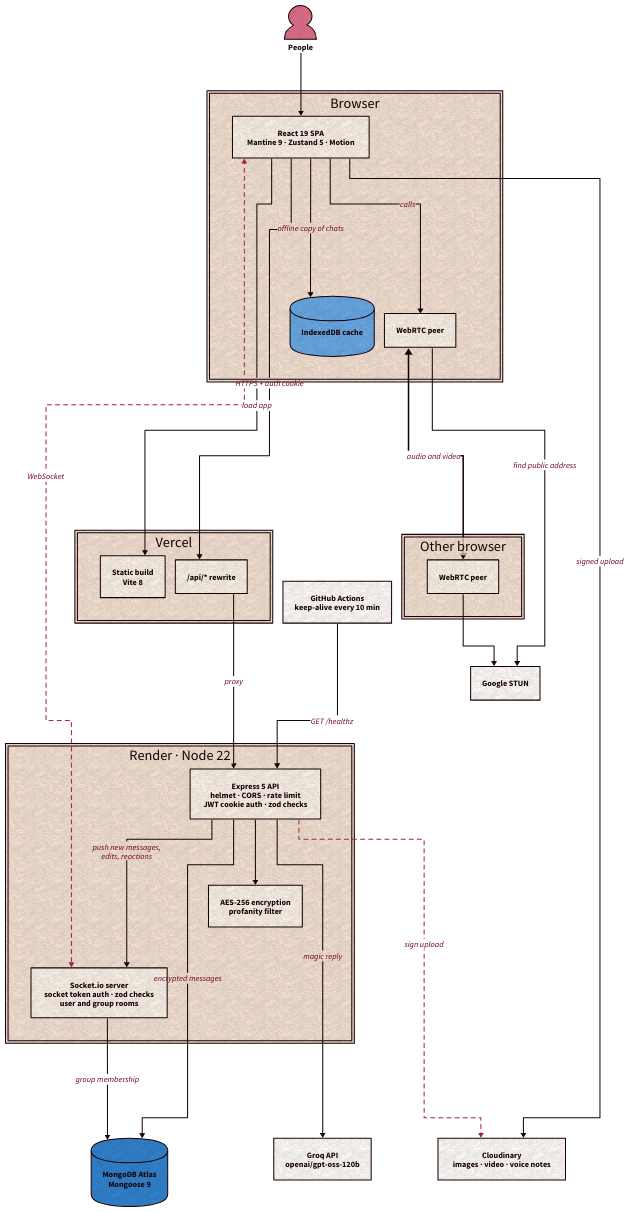
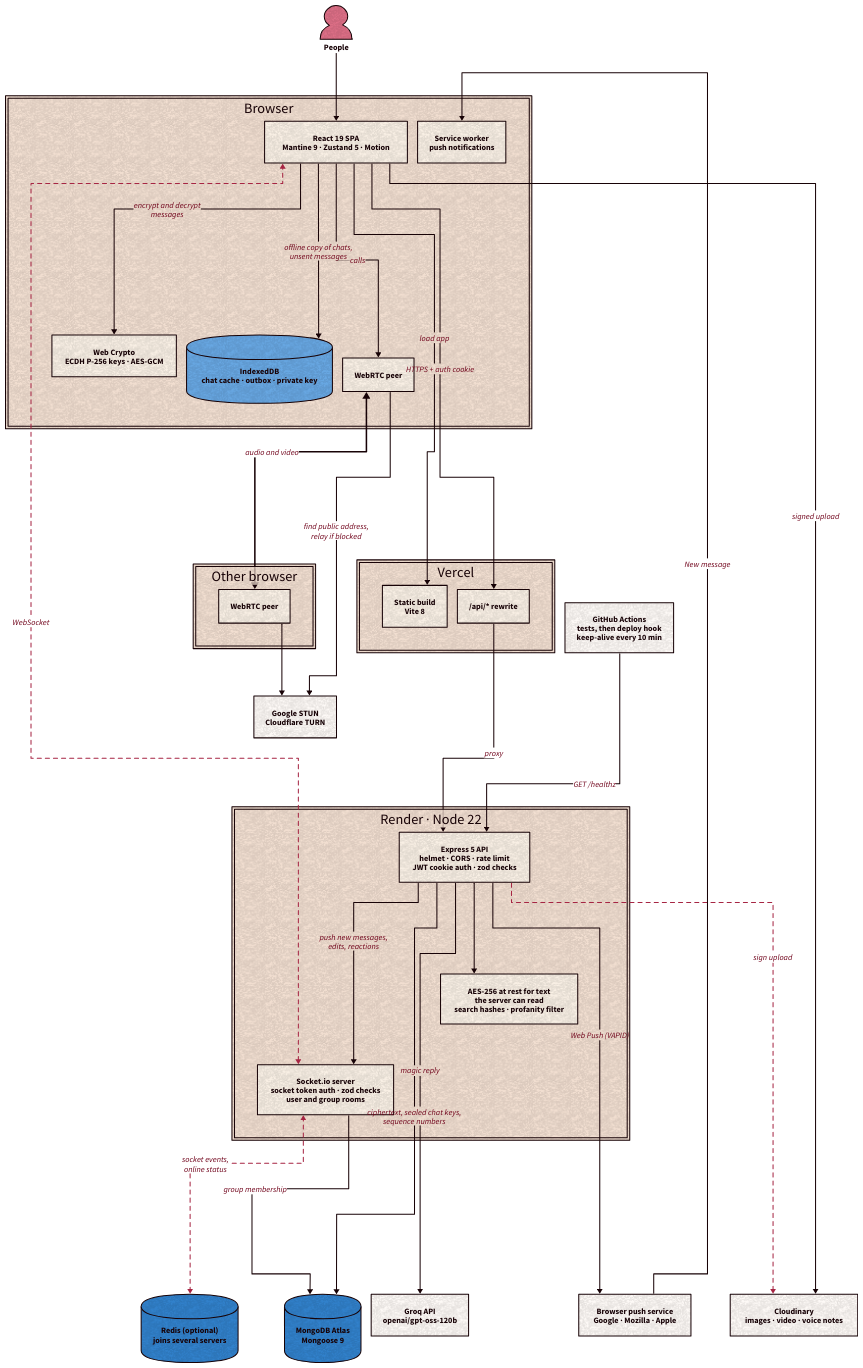
Before and after one commit to Sarcastic-Soul/ChatApp: the diagram in docs/architecture.d2, drawn with D2. The commit also changed 1 other file, not shown here.

Commit message:
docs: bring the architecture diagram up to date
Adds end-to-end encryption in the browser, the outbox and private key in
IndexedDB, push notifications, TURN, optional Redis, search hashes and
the CI deploy hook.

```diff
--- a/docs/architecture.d2
+++ b/docs/architecture.d2
@@ -1,73 +1,87 @@
 # ChatApp architecture. Render with:
 #   d2 docs/architecture.d2 docs/architecture.svg
 vars: {
   d2-config: {
     theme-id: 302
     layout-engine: elk
     pad: 40
   }
 }
 
 direction: down
 
 users: People {
   shape: person
 }
 
 browser: Browser {
   spa: "React 19 SPA\nMantine 9 · Zustand 5 · Motion"
-  cache: IndexedDB cache {shape: cylinder}
+  e2ee: "Web Crypto\nECDH P-256 keys · AES-GCM"
+  cache: "IndexedDB\nchat cache · outbox · private key" {shape: cylinder}
+  sw: "Service worker\npush notifications"
   rtc: WebRTC peer
-  spa -> cache: offline copy of chats
+  spa -> e2ee: "encrypt and decrypt\nmessages"
+  spa -> cache: "offline copy of chats,\nunsent messages"
   spa -> rtc: calls
 }
 
 peer: Other browser {
   rtc: WebRTC peer
 }
 
-stun: Google STUN
+stun: "Google STUN\nCloudflare TURN"
+
+push: "Browser push service\nGoogle · Mozilla · Apple"
 
 vercel: Vercel {
   static: "Static build\nVite 8"
   rewrite: "/api/* rewrite"
 }
 
 render: Render · Node 22 {
   api: "Express 5 API\nhelmet · CORS · rate limit\nJWT cookie auth · zod checks"
   io: "Socket.io server\nsocket token auth · zod checks\nuser and group rooms"
-  crypto: "AES-256 encryption\nprofanity filter"
+  crypto: "AES-256 at rest for text\nthe server can read\nsearch hashes · profanity filter"
   api -> crypto
   api -> io: "push new messages,\nedits, reactions"
 }
 
-cron: "GitHub Actions\nkeep-alive every 10 min"
+cron: "GitHub Actions\ntests, then deploy hook\nkeep-alive every 10 min"
+
+redis: "Redis (optional)\njoins several servers" {
+  shape: cylinder
+}
 
 atlas: "MongoDB Atlas\nMongoose 9" {
   shape: cylinder
 }
 
 cloudinary: "Cloudinary\nimages · video · voice notes"
 
 groq: "Groq API\nopenai/gpt-oss-120b"
 
 users -> browser.spa
 browser.spa -> vercel.static: load app
 browser.spa -> vercel.rewrite: "HTTPS + auth cookie"
 vercel.rewrite -> render.api: proxy
 browser.spa <-> render.io: WebSocket {
   style.stroke-dash: 4
 }
 browser.spa -> cloudinary: signed upload
 render.api -> cloudinary: sign upload {
   style.stroke-dash: 4
 }
-render.api -> atlas: encrypted messages
+render.api -> atlas: "ciphertext, sealed chat keys,\nsequence numbers"
 render.io -> atlas: group membership
 render.api -> groq: magic reply
 browser.rtc <-> peer.rtc: audio and video {
   style.stroke-width: 3
 }
-browser.rtc -> stun: find public address
+browser.rtc -> stun: "find public address,\nrelay if blocked"
 peer.rtc -> stun
 cron -> render.api: "GET /healthz"
+render.api -> push: Web Push (VAPID)
+push -> browser.sw: "New message"
+render.io <-> redis: "socket events,\nonline status" {
+  style.stroke-dash: 4
+}
```
